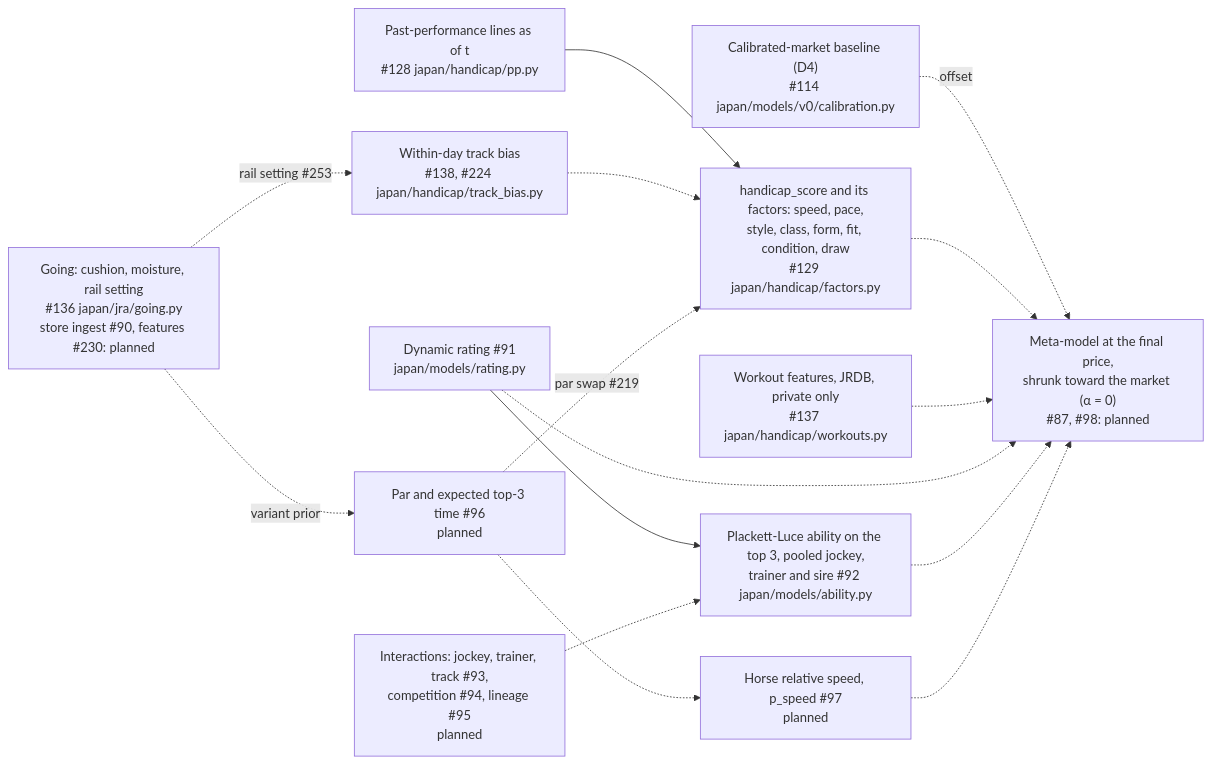
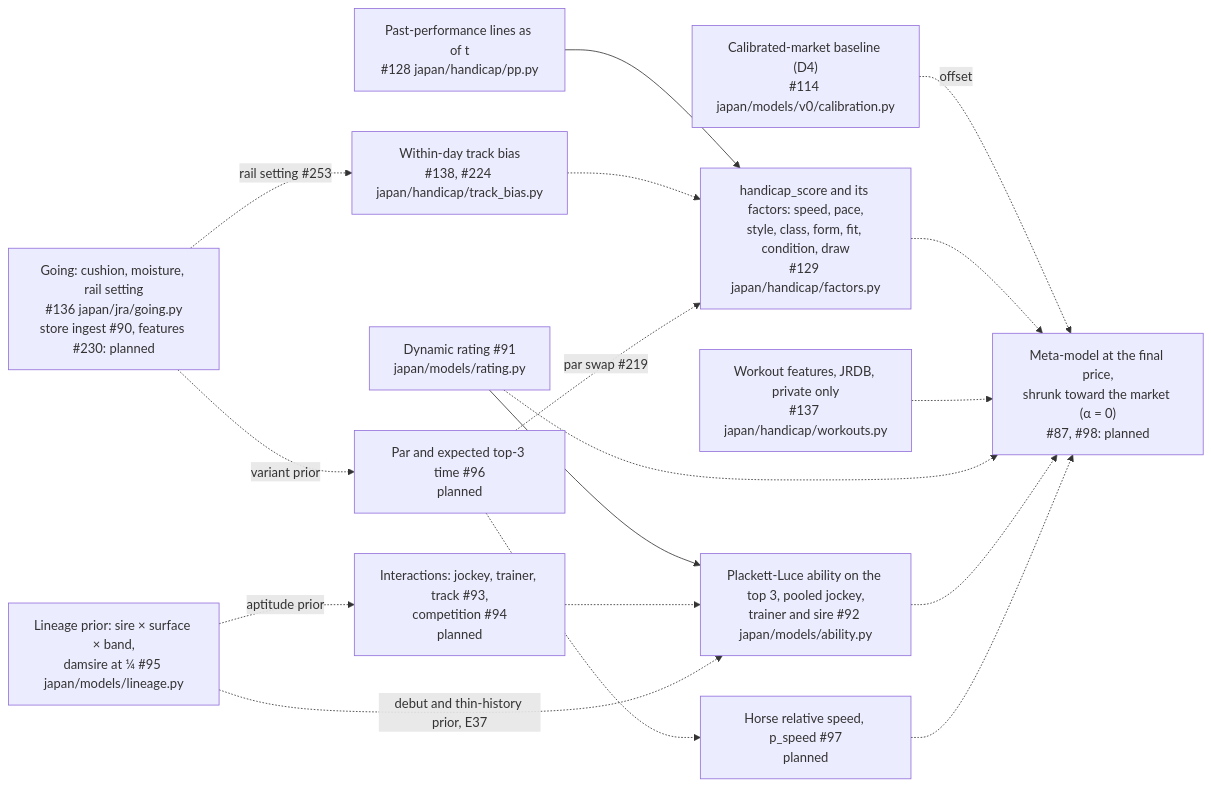
The third of 6 diagrams in docs/modeling.md (rjeskuri/HorseTrackBetting), drawn with Mermaid before and after one commit. The commit also changed other lines of this file and 4 other files, not shown here.

````diff
--- a/docs/modeling.md
+++ b/docs/modeling.md
@@ -139,29 +140,32 @@
 ```mermaid
 flowchart LR
     PP["Past-performance lines as of t<br/>#128 japan/handicap/pp.py"]
     HCP["handicap_score and its factors: speed, pace,<br/>style, class, form, fit, condition, draw<br/>#129 japan/handicap/factors.py"]
     WRK["Workout features, JRDB, private only<br/>#137 japan/handicap/workouts.py"]
     GOING["Going: cushion, moisture, rail setting<br/>#136 japan/jra/going.py<br/>store ingest #90, features #230: planned"]
     BIAS["Within-day track bias<br/>#138, #224 japan/handicap/track_bias.py"]
     RAT["Dynamic rating #91<br/>japan/models/rating.py"]
-    INT["Interactions: jockey, trainer, track #93,<br/>competition #94, lineage #95<br/>planned"]
+    INT["Interactions: jockey, trainer, track #93,<br/>competition #94<br/>planned"]
+    LIN["Lineage prior: sire × surface × band,<br/>damsire at ¼ #95 japan/models/lineage.py"]
     PL["Plackett-Luce ability on the top 3, pooled jockey,<br/>trainer and sire #92 japan/models/ability.py"]
     PAR["Par and expected top-3 time #96<br/>planned"]
     PSPD["Horse relative speed, p_speed #97<br/>planned"]
     MKT["Calibrated-market baseline (D4)<br/>#114 japan/models/v0/calibration.py"]
     META["Meta-model at the final price,<br/>shrunk toward the market (α = 0)<br/>#87, #98: planned"]
     PP --> HCP
     BIAS -.-> HCP
     PAR -.->|"par swap #219"| HCP
     GOING -.->|"rail setting #253"| BIAS
     GOING -.->|"variant prior"| PAR
     PAR -.-> PSPD
     RAT --> PL
     INT -.-> PL
+    LIN -.->|"debut and thin-history prior, E37"| PL
+    LIN -.->|"aptitude prior"| INT
     MKT -.->|"offset"| META
     HCP -.-> META
     WRK -.-> META
     RAT -.-> META
     PL -.-> META
     PSPD -.-> META
 ```
````
